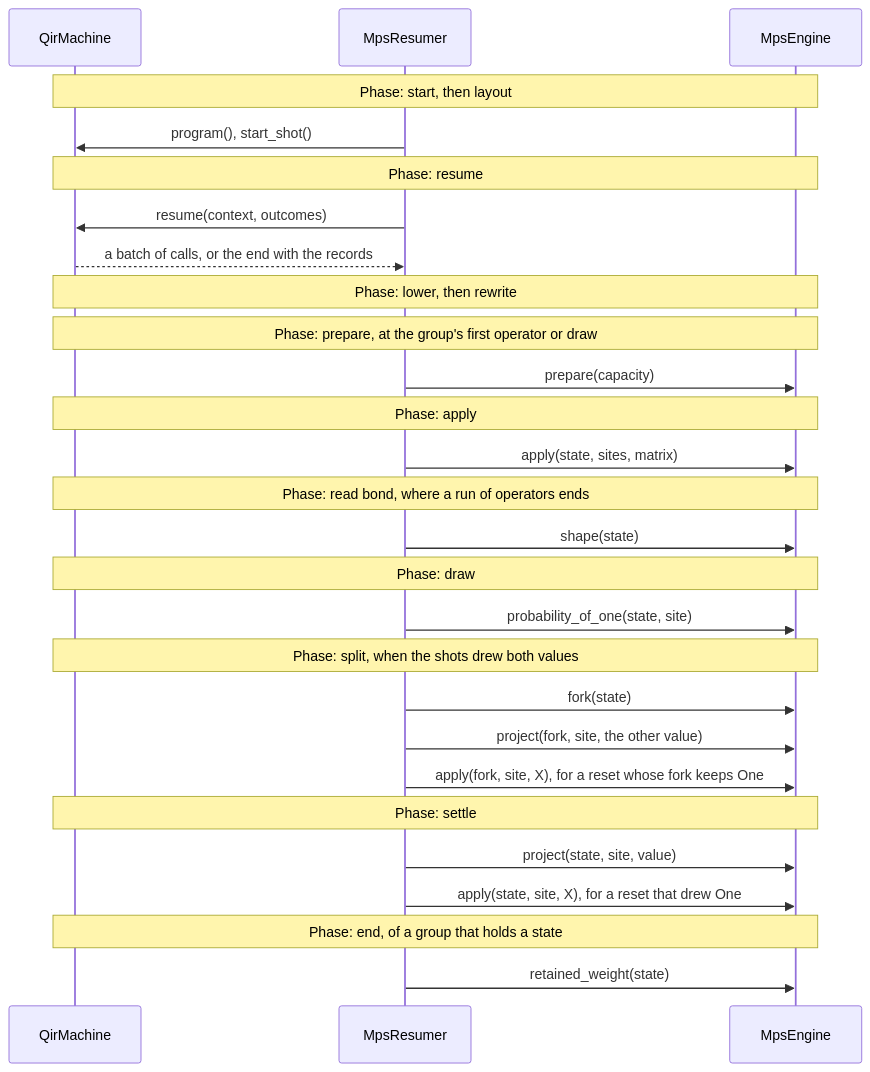
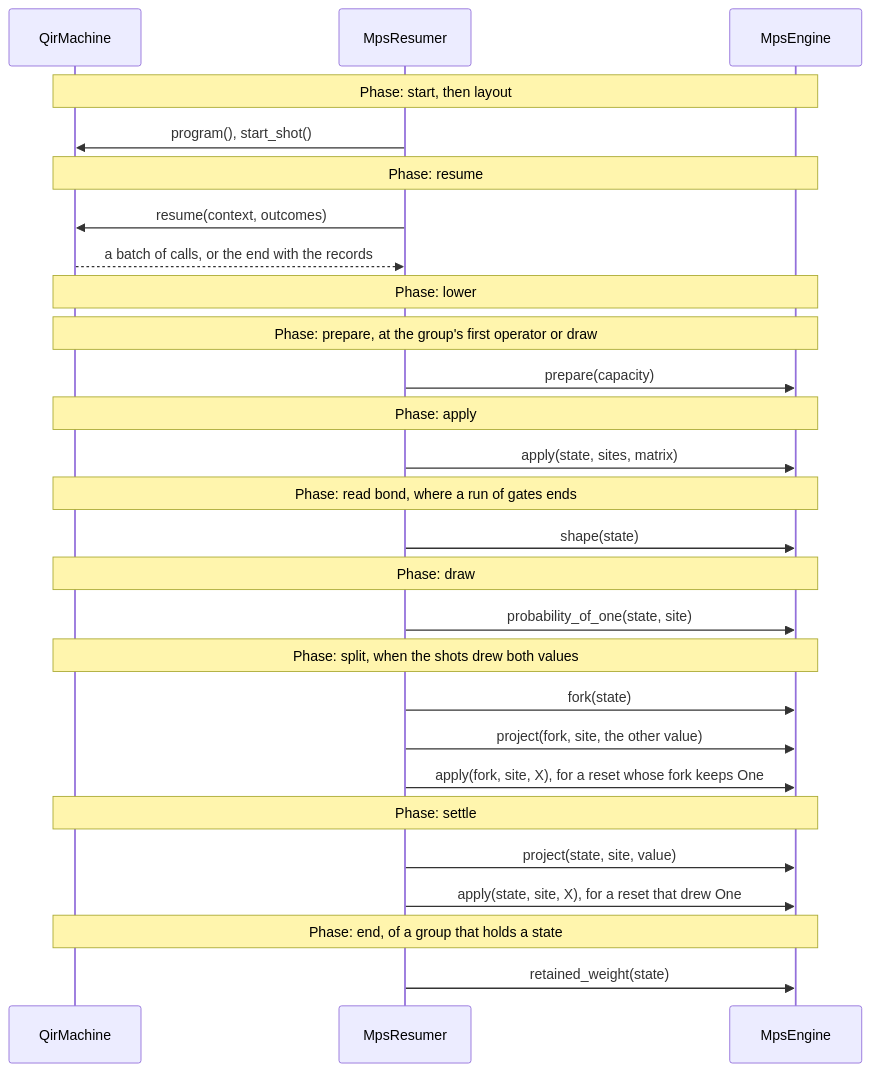
The diagram in source/simulators/src/mps_simulator/design.md (microsoft/qdk), drawn with Mermaid before and after one commit. The commit also changed other lines of this file and 12 other files, not shown here.

````diff
--- a/source/simulators/src/mps_simulator/design.md
+++ b/source/simulators/src/mps_simulator/design.md
@@ -14,29 +14,29 @@
 ```mermaid
 sequenceDiagram
   participant M as QirMachine
   participant R as MpsResumer
   participant E as MpsEngine
   Note over M,E: Phase: start, then layout
   R->>M: program(), start_shot()
   Note over M,E: Phase: resume
   R->>M: resume(context, outcomes)
   M-->>R: a batch of calls, or the end with the records
-  Note over M,E: Phase: lower, then rewrite
+  Note over M,E: Phase: lower
   Note over M,E: Phase: prepare, at the group's first operator or draw
   R->>E: prepare(capacity)
   Note over M,E: Phase: apply
   R->>E: apply(state, sites, matrix)
-  Note over M,E: Phase: read bond, where a run of operators ends
+  Note over M,E: Phase: read bond, where a run of gates ends
   R->>E: shape(state)
   Note over M,E: Phase: draw
   R->>E: probability_of_one(state, site)
   Note over M,E: Phase: split, when the shots drew both values
   R->>E: fork(state)
   R->>E: project(fork, site, the other value)
   R->>E: apply(fork, site, X), for a reset whose fork keeps One
   Note over M,E: Phase: settle
   R->>E: project(state, site, value)
   R->>E: apply(state, site, X), for a reset that drew One
   Note over M,E: Phase: end, of a group that holds a state
   R->>E: retained_weight(state)
 ```
````
